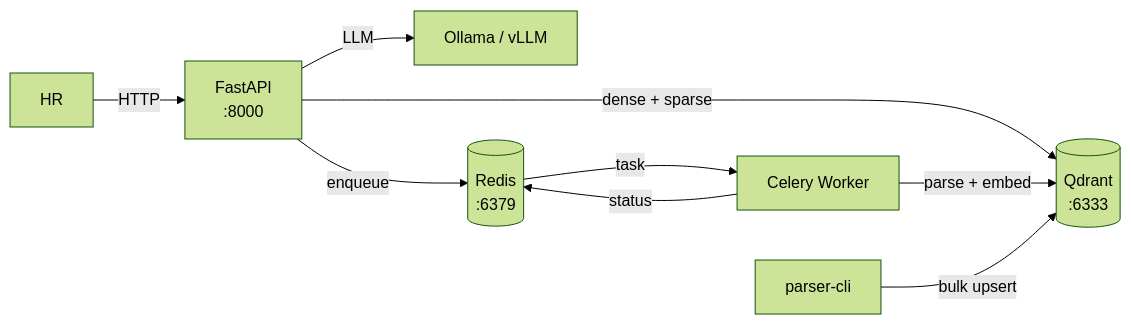
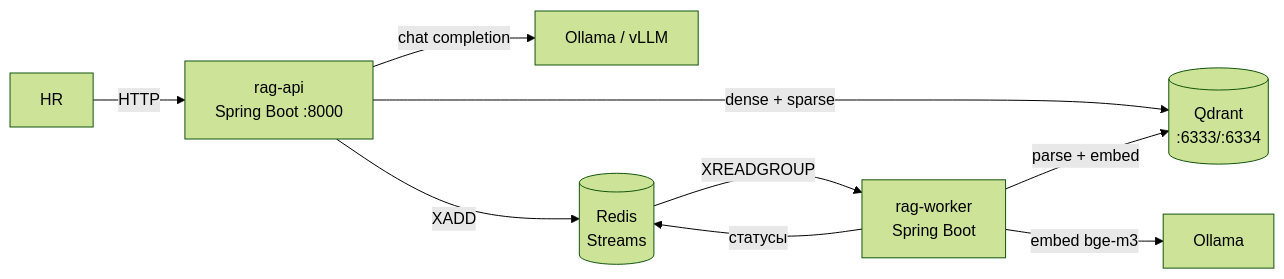
The diagram in README.md (Reactivity512/RAG-hr), drawn with Mermaid (forest theme) before and after one commit. The commit also changed other lines of this file and 119 other files, not shown here.

````diff
--- a/README.md
+++ b/README.md
@@ -44,11 +36,11 @@
 ```mermaid
 flowchart LR
-    HR[HR] -->|HTTP| API[FastAPI<br/>:8000]
-    API -->|dense + sparse| QD[(Qdrant<br/>:6333)]
-    API -->|LLM| LLM[Ollama / vLLM]
-    API -->|enqueue| R[(Redis<br/>:6379)]
-    R -->|task| W[Celery Worker]
+    HR[HR] -->|HTTP| API[rag-api<br/>Spring Boot :8000]
+    API -->|dense + sparse| QD[(Qdrant<br/>:6333/:6334)]
+    API -->|chat completion| LLM[Ollama / vLLM]
+    API -->|XADD| R[(Redis<br/>Streams)]
+    R -->|XREADGROUP| W[rag-worker<br/>Spring Boot]
+    W -->|embed bge-m3| EMB[Ollama]
     W -->|parse + embed| QD
-    W -->|status| R
-    CLI[parser-cli] -->|bulk upsert| QD
+    W -->|статусы| R
 ```
````
